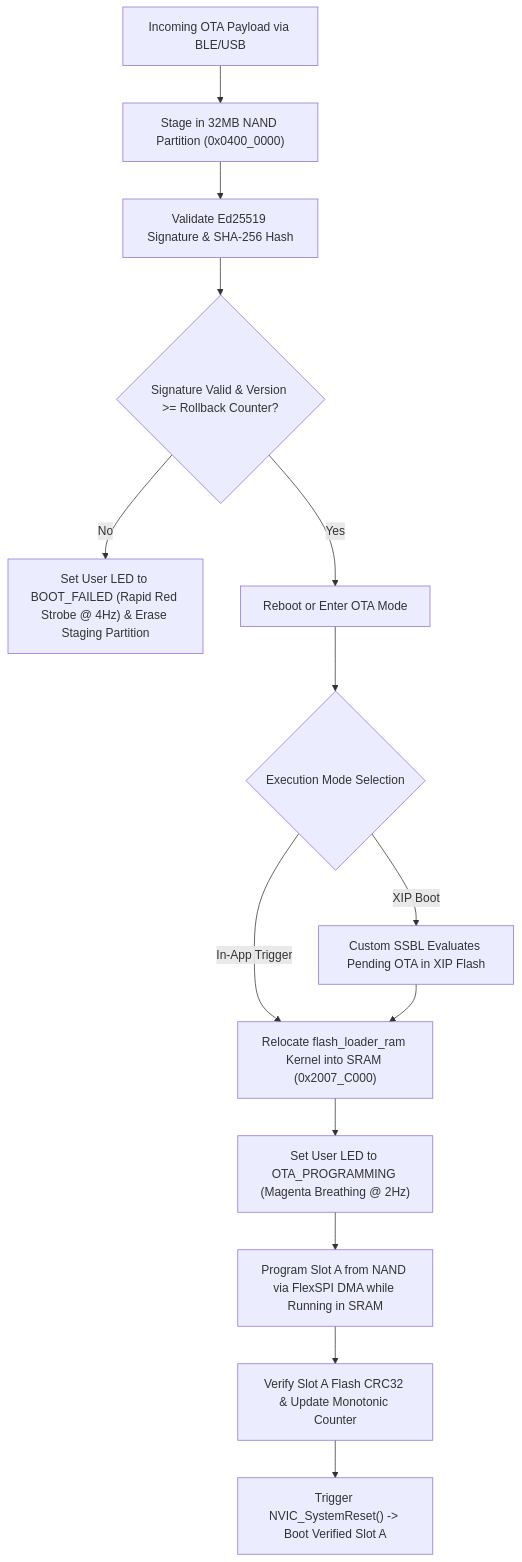
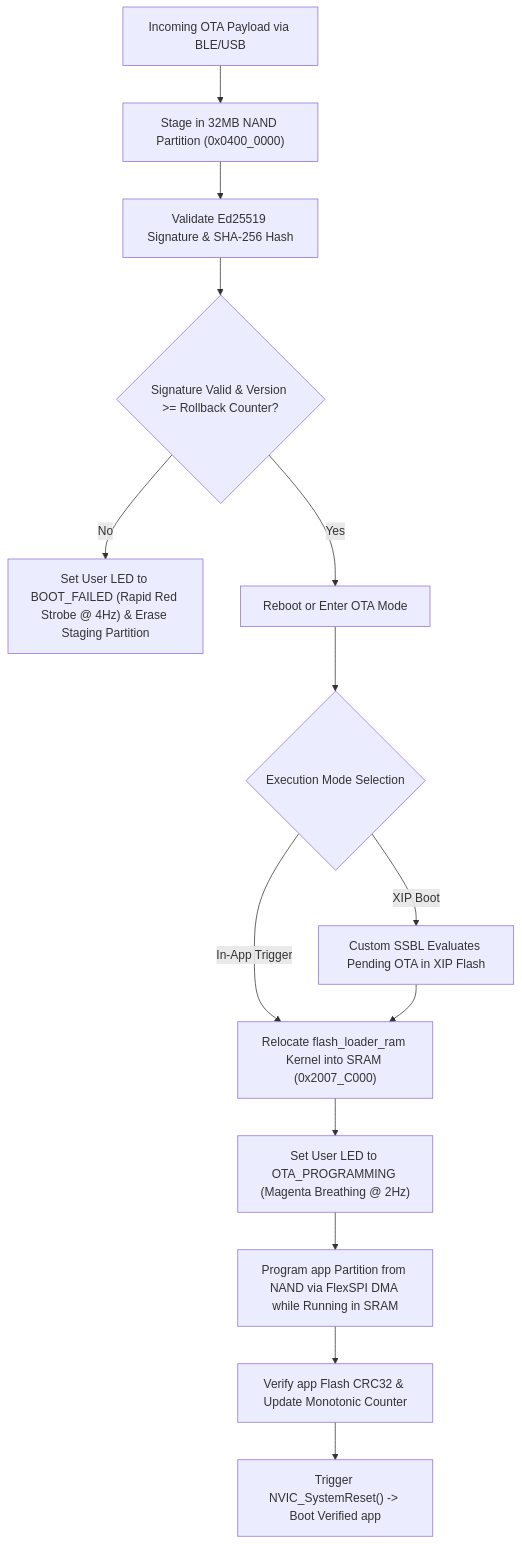
The first of 3 diagrams in app/carrier_board.md (picklethecat1488-hue/firmware), drawn with Mermaid before and after one commit. The commit also changed other lines of this file and 2 other files, not shown here.

First line of the commit message:
docs(carrier_board): address CR-e45b9423 review findings on expansion design, partitions, and bringup roadmap

````diff
--- a/app/carrier_board.md
+++ b/app/carrier_board.md
@@ -443,16 +458,16 @@
    ```mermaid
    flowchart TD
        A["Incoming OTA Payload via BLE/USB"] --> B["Stage in 32MB NAND Partition (0x0400_0000)"]
        B --> C["Validate Ed25519 Signature & SHA-256 Hash"]
        C --> D{"Signature Valid & Version >= Rollback Counter?"}
        D -- No --> E["Set User LED to BOOT_FAILED (Rapid Red Strobe @ 4Hz) & Erase Staging Partition"]
        D -- Yes --> F["Reboot or Enter OTA Mode"]
        F --> G{"Execution Mode Selection"}
        G -- XIP Boot --> H["Custom SSBL Evaluates Pending OTA in XIP Flash"]
        G -- In-App Trigger --> I["Relocate flash_loader_ram Kernel into SRAM (0x2007_C000)"]
        H --> I
        I --> J["Set User LED to OTA_PROGRAMMING (Magenta Breathing @ 2Hz)"]
-       J --> K["Program Slot A from NAND via FlexSPI DMA while Running in SRAM"]
-       K --> L["Verify Slot A Flash CRC32 & Update Monotonic Counter"]
-       L --> M["Trigger NVIC_SystemReset() -> Boot Verified Slot A"]
+       J --> K["Program app Partition from NAND via FlexSPI DMA while Running in SRAM"]
+       K --> L["Verify app Flash CRC32 & Update Monotonic Counter"]
+       L --> M["Trigger NVIC_SystemReset() -> Boot Verified app"]
    ```
````
